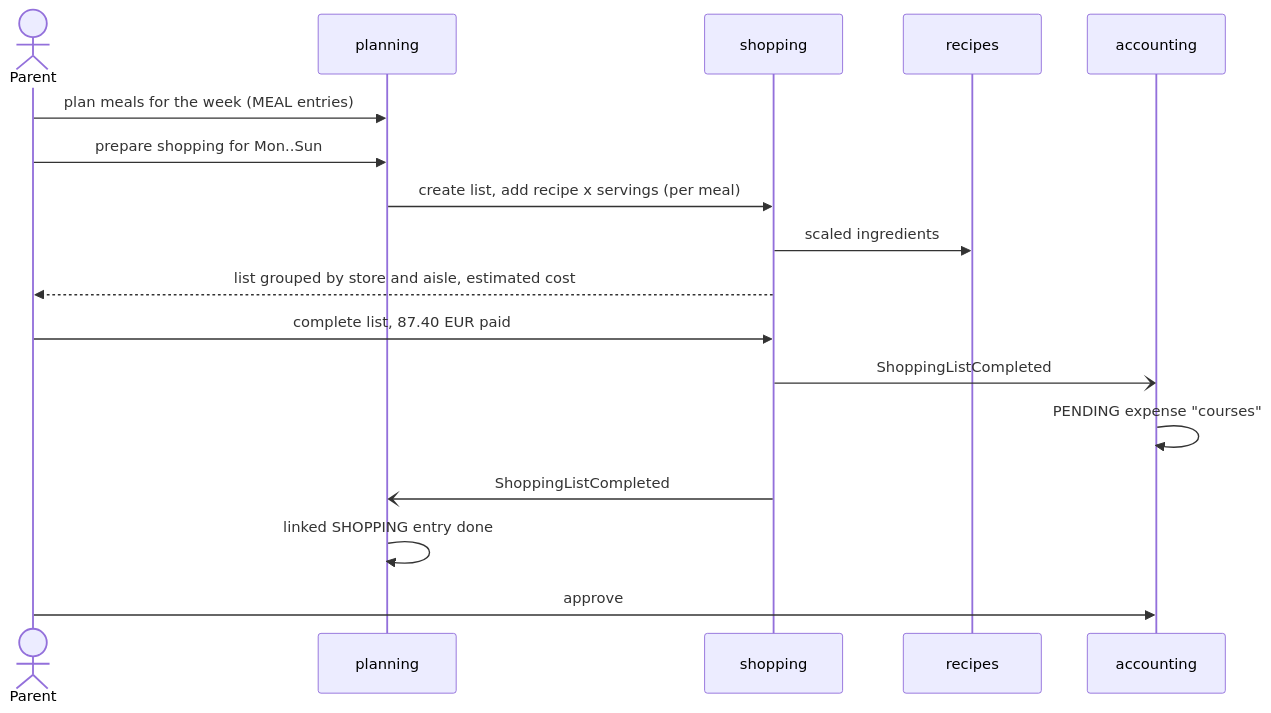
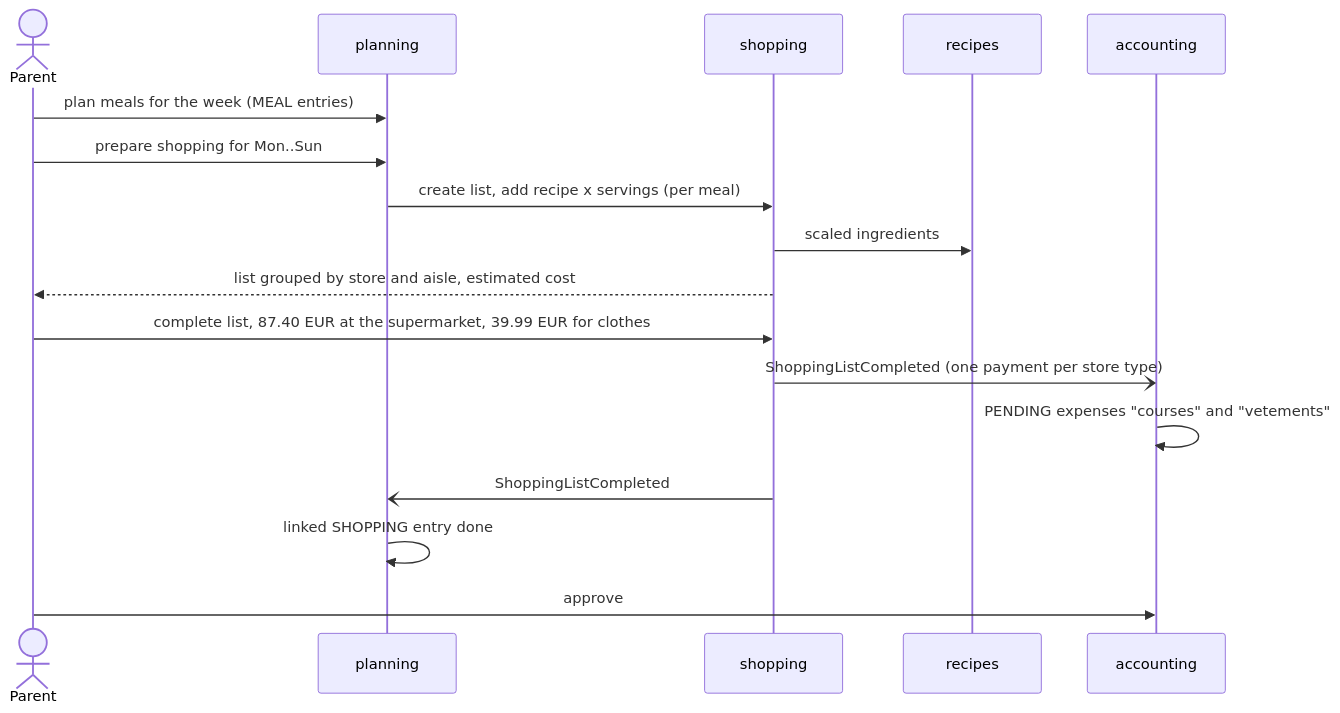
The second of 4 diagrams in apps/family-hub/docs/architecture.md (alexbosch3000/tools), drawn with Mermaid before and after one commit. The commit also changed other lines of this file and 11 other files, not shown here.

````diff
--- a/apps/family-hub/docs/architecture.md
+++ b/apps/family-hub/docs/architecture.md
@@ -111,20 +113,20 @@
 ```mermaid
 sequenceDiagram
     actor P as Parent
     participant PL as planning
     participant SH as shopping
     participant RE as recipes
     participant AC as accounting
 
     P->>PL: plan meals for the week (MEAL entries)
     P->>PL: prepare shopping for Mon..Sun
     PL->>SH: create list, add recipe x servings (per meal)
     SH->>RE: scaled ingredients
     SH-->>P: list grouped by store and aisle, estimated cost
-    P->>SH: complete list, 87.40 EUR paid
-    SH-)AC: ShoppingListCompleted
-    AC->>AC: PENDING expense "courses"
+    P->>SH: complete list, 87.40 EUR at the supermarket, 39.99 EUR for clothes
+    SH-)AC: ShoppingListCompleted (one payment per store type)
+    AC->>AC: PENDING expenses "courses" and "vetements"
     SH-)PL: ShoppingListCompleted
     PL->>PL: linked SHOPPING entry done
     P->>AC: approve
 ```
````
